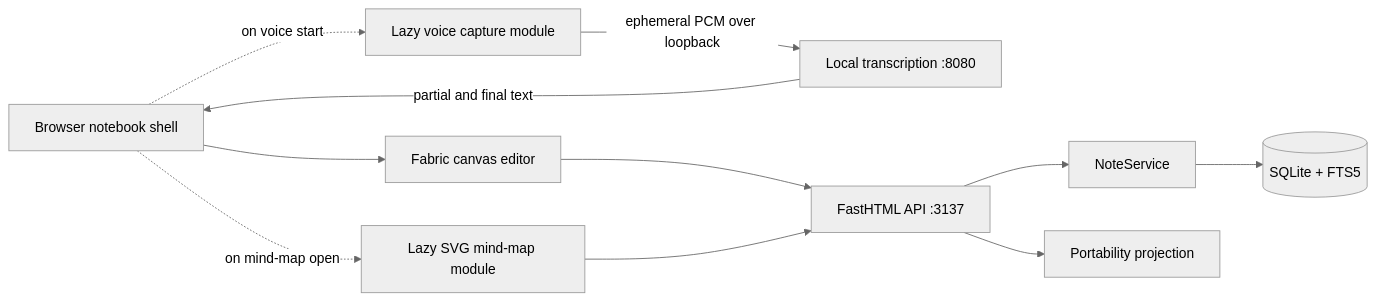
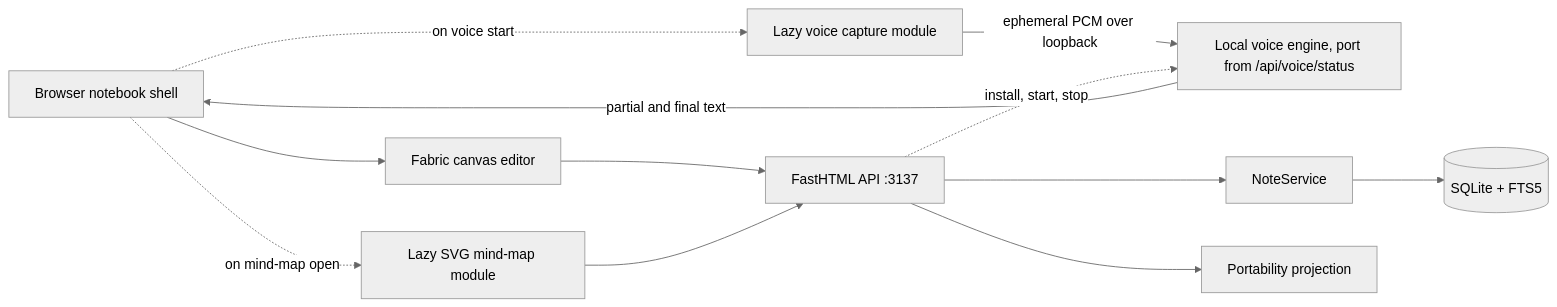
The first of 2 diagrams in docs/ARCHITECTURE.md (abhisheksreesaila/personalnote), drawn with Mermaid (neutral theme) before and after one commit. The commit also changed other lines of this file and 2 other files, not shown here.

Commit message:
F-020: document voice on Mac and Linux (README, architecture, mic permission notes)

````diff
--- a/docs/ARCHITECTURE.md
+++ b/docs/ARCHITECTURE.md
@@ -7,13 +7,14 @@
 ```mermaid
 flowchart LR
     Shell[Browser notebook shell] --> Canvas[Fabric canvas editor]
     Shell -. on mind-map open .-> Map[Lazy SVG mind-map module]
     Shell -. on voice start .-> Voice[Lazy voice capture module]
-    Voice -->|ephemeral PCM over loopback| ASR[Local transcription :8080]
+    Voice -->|ephemeral PCM over loopback| ASR[Local voice engine, port from /api/voice/status]
+    API -. install, start, stop .-> ASR
     ASR -->|partial and final text| Shell
     Canvas --> API[FastHTML API :3137]
     Map --> API
     API --> Store[NoteService]
     Store --> DB[(SQLite + FTS5)]
     API --> Export[Portability projection]
 ```
````
